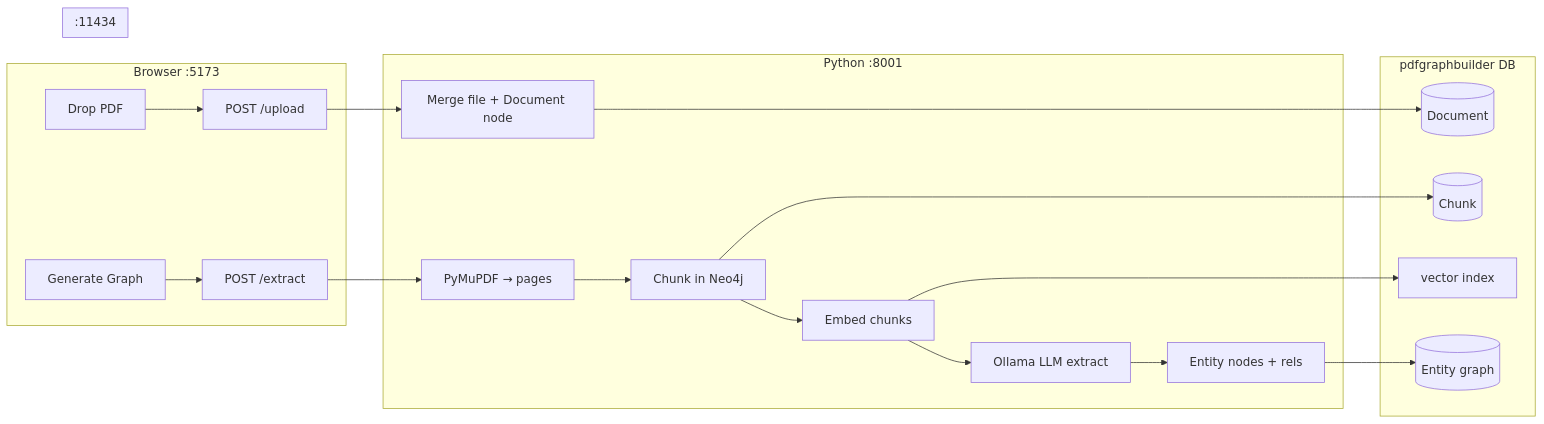
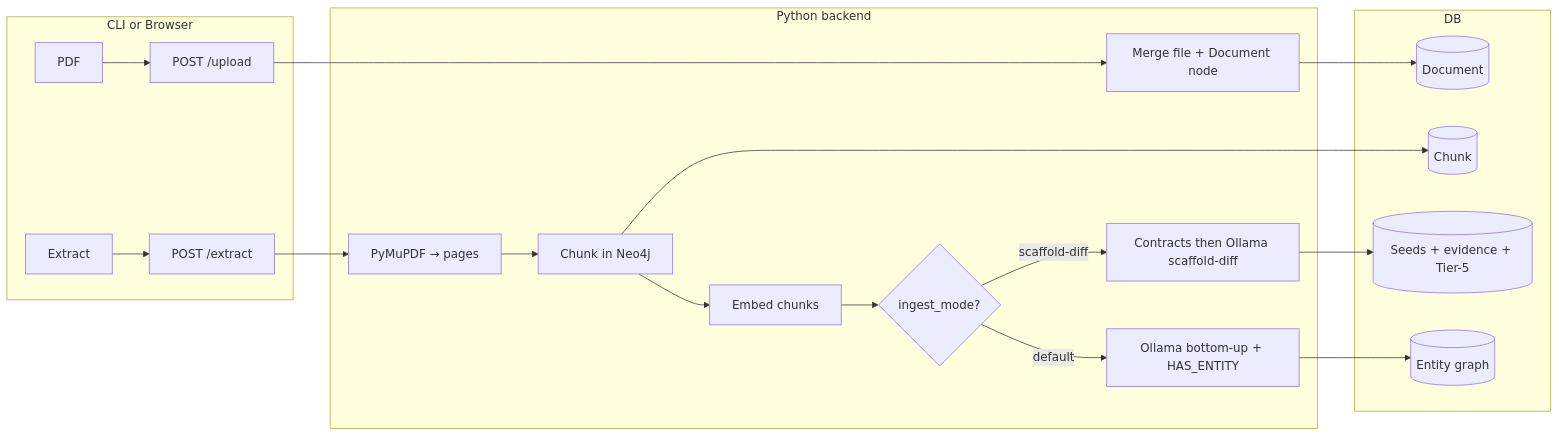
The second of 2 diagrams in design.md (MAOShea/pdf-graph-builder), drawn with Mermaid before and after one commit. The commit also changed other lines of this file and 37 other files, not shown here.

````diff
--- a/design.md
+++ b/design.md
@@ -147,24 +237,22 @@
 ```mermaid
 flowchart LR
-  subgraph UI["Browser :5173"]
-    A[Drop PDF] --> B["POST /upload"]
-    C[Generate Graph] --> D["POST /extract"]
+  subgraph Client["CLI or Browser"]
+    A[PDF] --> B["POST /upload"]
+    C[Extract] --> D["POST /extract"]
   end
-  subgraph Backend["Python :8001"]
+  subgraph Backend["Python backend"]
     B --> E[Merge file + Document node]
     D --> F[PyMuPDF → pages]
     F --> G[Chunk in Neo4j]
     G --> H[Embed chunks]
-    H --> I[Ollama LLM extract]
-    I --> J[Entity nodes + rels]
+    H --> I{ingest_mode?}
+    I -->|scaffold-diff| J[Contracts then Ollama scaffold-diff]
+    I -->|default| K[Ollama bottom-up + HAS_ENTITY]
   end
-  subgraph Neo4j["pdfgraphbuilder DB"]
-    E --> K[(Document)]
-    G --> L[(Chunk)]
-    H --> M[vector index]
-    J --> N[(Entity graph)]
-  end
-  subgraph Ollama[":11434"]
-    I
+  subgraph Neo4j["DB"]
+    E --> L[(Document)]
+    G --> M[(Chunk)]
+    J --> N[(Seeds + evidence + Tier-5)]
+    K --> O[(Entity graph)]
   end
 ```
````
